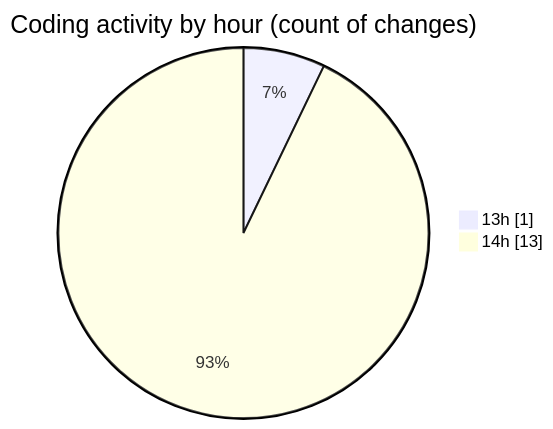
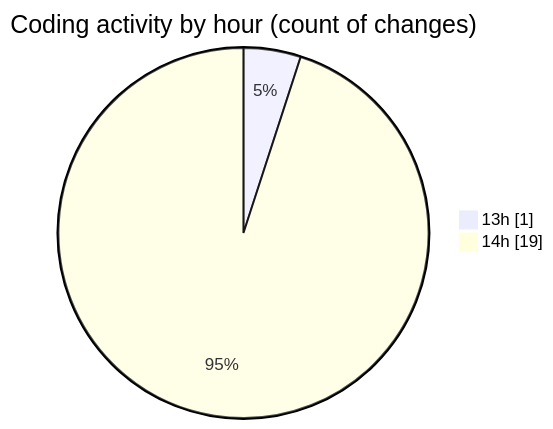
One commit to idhammustaqopulfikri/code-tracking changed the second of 2 diagrams in 2025-11-01/futsal_rekomendasi/README.md. Above: the diagram before and after it, drawn with Mermaid. The commit also changed other lines of this file and 1 other file, not shown here.

````diff
--- a/2025-11-01/futsal_rekomendasi/README.md
+++ b/2025-11-01/futsal_rekomendasi/README.md
@@ -37,6 +38,6 @@
 ```mermaid
 pie showData
 title Coding activity by hour (count of changes)
 "13h" : 1
-"14h" : 13
+"14h" : 19
 ```
````
